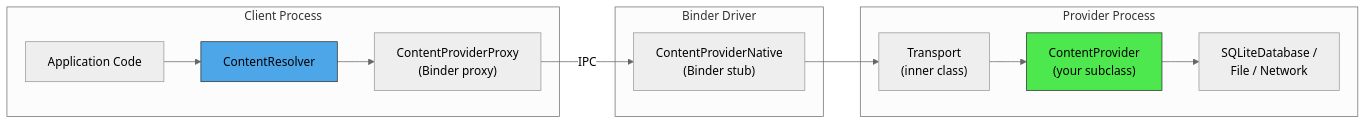
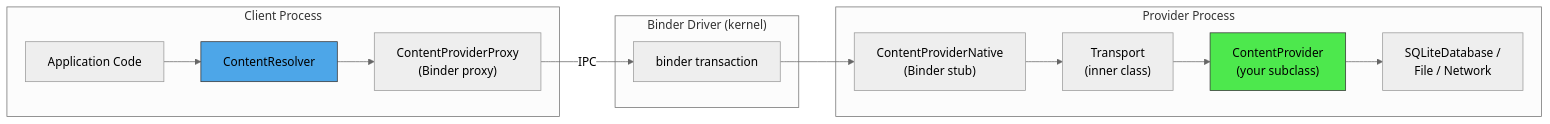
Before and after one commit to aospbooks/aosp-internal-book: the first of 25 diagrams in agents/claude/skills/aosp-framework-services/27-content-providers.md, drawn with Mermaid (neutral theme). The commit also changed other lines of this file and 218 other files, not shown here.

````diff
--- a/agents/claude/skills/aosp-framework-services/27-content-providers.md
+++ b/agents/claude/skills/aosp-framework-services/27-content-providers.md
@@ -32,20 +32,23 @@
 ```mermaid
 graph LR
     subgraph "Client Process"
         A["Application Code"] --> B["ContentResolver"]
         B --> C["ContentProviderProxy<br/>(Binder proxy)"]
     end
 
-    subgraph "Binder Driver"
-        C -- "IPC" --> D["ContentProviderNative<br/>(Binder stub)"]
+    subgraph "Binder Driver (kernel)"
+        K["binder transaction"]
     end
 
+    C -- "IPC" --> K
+    K --> D
+
     subgraph "Provider Process"
-        D --> E["Transport<br/>(inner class)"]
+        D["ContentProviderNative<br/>(Binder stub)"] --> E["Transport<br/>(inner class)"]
         E --> F["ContentProvider<br/>(your subclass)"]
         F --> G["SQLiteDatabase /<br/>File / Network"]
     end
 
     style B fill:#4da6e8,stroke:#333,color:#000
     style F fill:#4de84d,stroke:#333,color:#000
 ```
````
